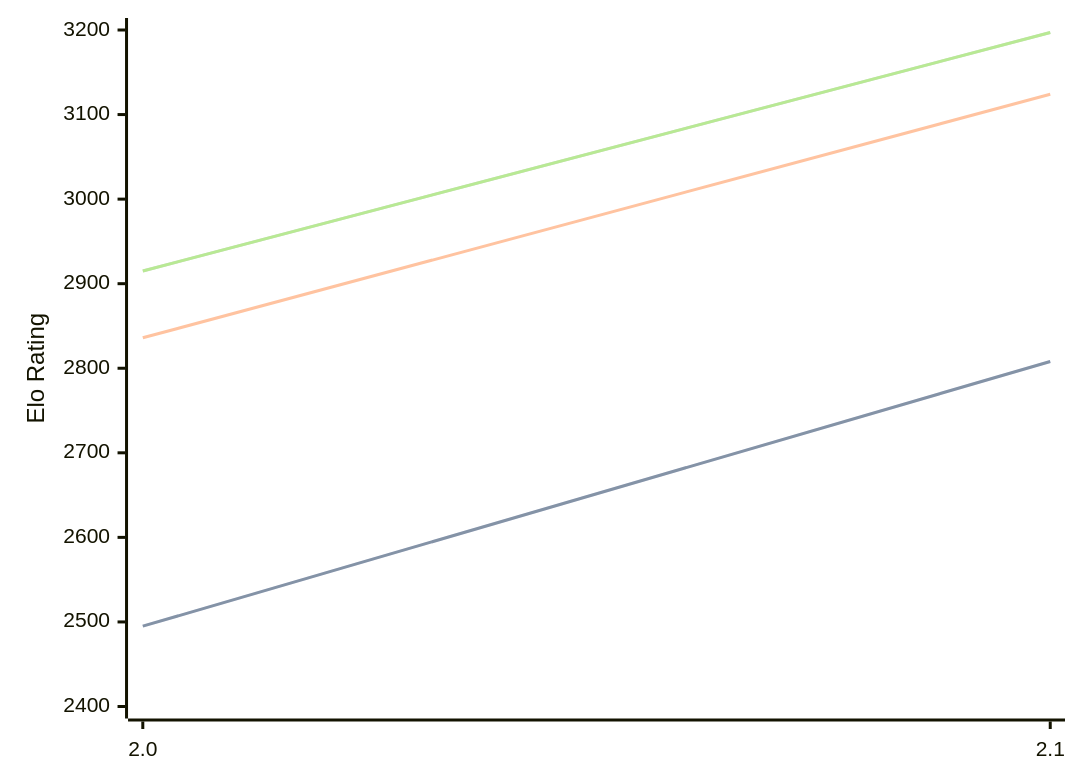
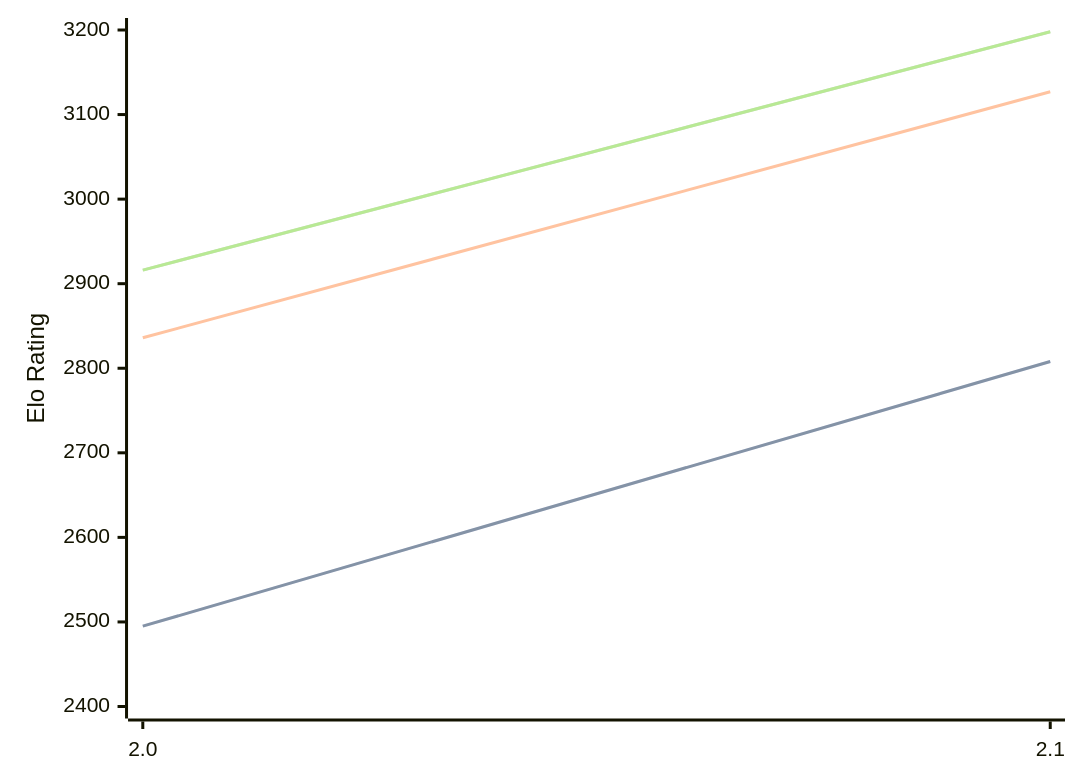
One commit to computer-chess-index/cci changed the first of 3 diagrams in engines/Tunguska.md. Above: the diagram before and after it, drawn with Mermaid. The commit also changed other lines of this file, not shown here.

Commit message:
Update CCI Ratings (ELO VLTC) - 2026-06-23

````diff
--- a/engines/Tunguska.md
+++ b/engines/Tunguska.md
@@ -32,11 +32,11 @@
 ```mermaid
 %%{init: {"theme":"base","themeVariables":{"seriesColors:['#a3a3a3','#222221','#faa371']}}}%%
 xychart-beta
   x-axis ["2.0", "2.1"]
   y-axis "Elo Rating" 2400 --> 3200
   line "STC (8.0+0.08s)" [2495, 2808]
   line "STC (8.0+0.08s)" [2495, 2808]
-  line "LTC (60.0+0.60s)" [2836, 3124]
-  line "VLTC (2m24s+1.12s)" [2915, 3197]
-  line "VLTC (2m24s+1.12s)" [2915, 3197]
+  line "LTC (60.0+0.60s)" [2836, 3127]
+  line "VLTC (2m24s+1.12s)" [2916, 3198]
+  line "VLTC (2m24s+1.12s)" [2916, 3198]
 ```
````
